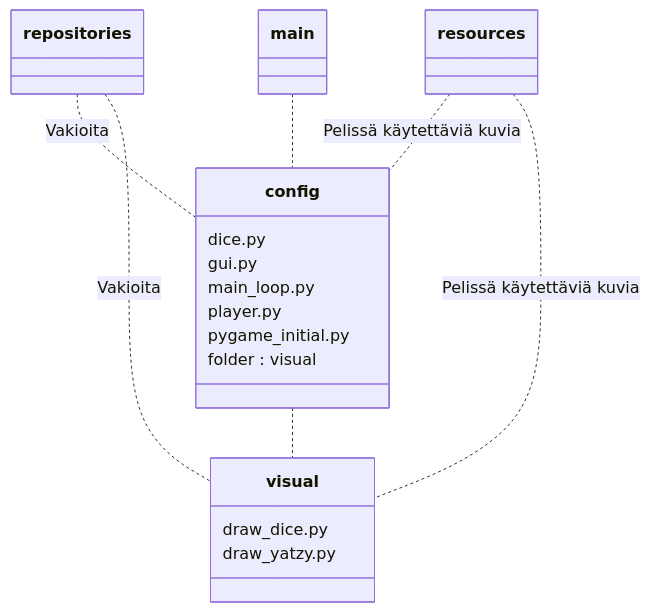
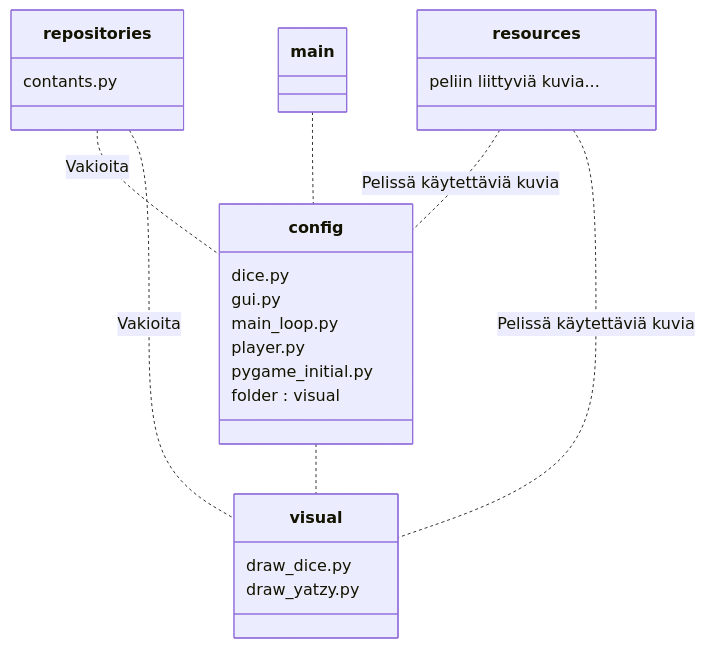
One commit to alumppio/ot-harjoitustyo changed the diagram in dokumentaatio/arkkitehtuuri.md. Above: the diagram before and after it, drawn with Mermaid. The commit also changed other lines of this file, not shown here.

Commit message:
arkkitehtuuria päivitetty

````diff
--- a/dokumentaatio/arkkitehtuuri.md
+++ b/dokumentaatio/arkkitehtuuri.md
@@ -7,24 +7,31 @@
 ```mermaid
     classDiagram
         main .. config
         repositories .. config : Vakioita
         repositories .. visual : Vakioita
         resources .. config : Pelissä käytettäviä kuvia
         resources .. visual : Pelissä käytettäviä kuvia
         config .. visual
 
         class config{
             dice.py
             gui.py
             main_loop.py
             player.py
             pygame_initial.py
             folder : visual
         }
 
         class visual{
             draw_dice.py
             draw_yatzy.py
         }
 
+        class repositories{
+            contants.py
+        }
+
+        class resources{
+            peliin liittyviä kuvia...
+        }
 ```
````
